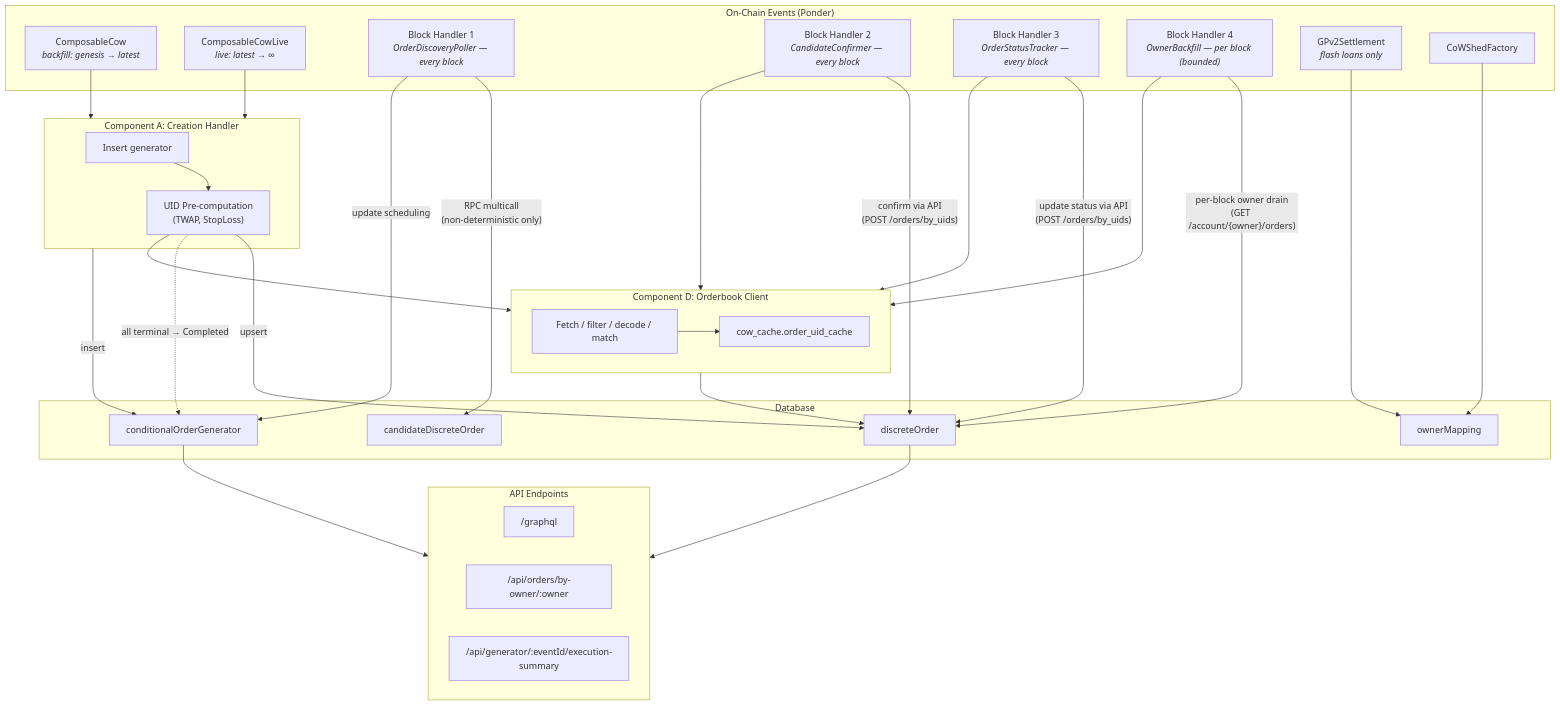
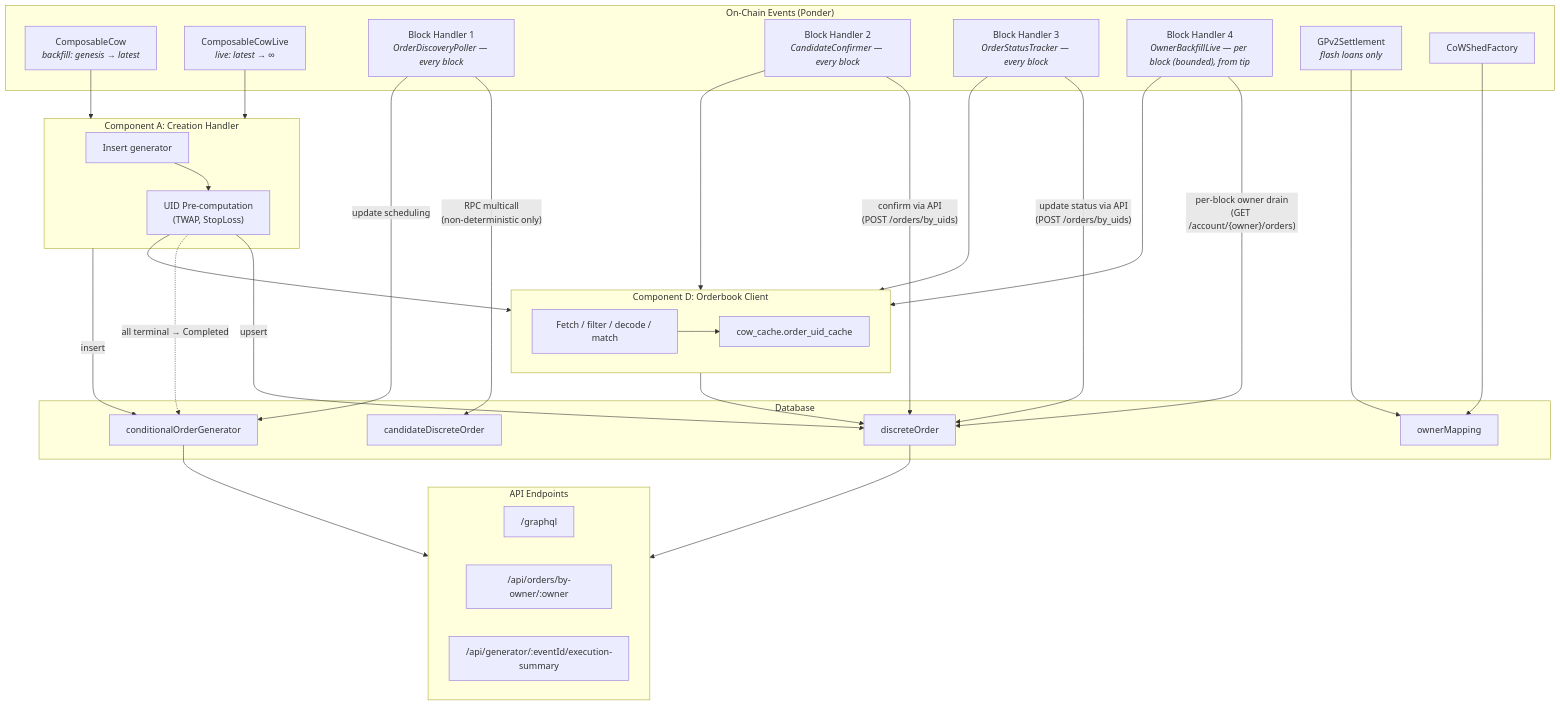
One commit to bleu/cow-programmatic-orders-api changed the first of 7 diagrams in agent_docs/orderbook-integration-flow.md. Above: the diagram before and after it, drawn with Mermaid. The commit also changed other lines of this file and 14 other files, not shown here.

First line of the commit message:
perf(backfill): drain owner history only from the tip, not during sync (#115)

````diff
--- a/agent_docs/orderbook-integration-flow.md
+++ b/agent_docs/orderbook-integration-flow.md
@@ -420,60 +418,60 @@
 ```mermaid
 flowchart TB
     subgraph OnChain["On-Chain Events (Ponder)"]
         CC["ComposableCow<br/><i>backfill: genesis → latest</i>"]
         CCL["ComposableCowLive<br/><i>live: latest → ∞</i>"]
         BH1["Block Handler 1<br/><i>OrderDiscoveryPoller — every block</i>"]
         BH2["Block Handler 2<br/><i>CandidateConfirmer — every block</i>"]
         BH3["Block Handler 3<br/><i>OrderStatusTracker — every block</i>"]
-        BH4["Block Handler 4<br/><i>OwnerBackfill — per block (bounded)</i>"]
+        BH4["Block Handler 4<br/><i>OwnerBackfillLive — per block (bounded), from tip</i>"]
         GPV["GPv2Settlement<br/><i>flash loans only</i>"]
         CSF["CoWShedFactory"]
     end
 
     subgraph CompA["Component A: Creation Handler"]
         AH["Insert generator"]
         AB["UID Pre-computation<br/>(TWAP, StopLoss)"]
         AH --> AB
     end
 
     subgraph CompD["Component D: Orderbook Client"]
         DFetch["Fetch / filter / decode / match"]
         DCache["cow_cache.order_uid_cache"]
         DFetch --> DCache
     end
 
     subgraph DB["Database"]
         Gen["conditionalOrderGenerator"]
         Cand["candidateDiscreteOrder"]
         Disc["discreteOrder"]
         OMap["ownerMapping"]
     end
 
     subgraph CompE["API Endpoints"]
         EGql["/graphql"]
         EOwner["/api/orders/by-owner/:owner"]
         ESum["/api/generator/:eventId/execution-summary"]
     end
 
     CC & CCL --> CompA
     GPV & CSF --> OMap
 
     CompA -->|insert| Gen
     AB -->|upsert| Disc
     AB -.->|all terminal → Completed| Gen
 
     BH1 -->|"RPC multicall<br/>(non-deterministic only)"| Cand
     BH1 -->|update scheduling| Gen
     BH2 -->|"confirm via API<br/>(POST /orders/by_uids)"| Disc
     BH3 -->|"update status via API<br/>(POST /orders/by_uids)"| Disc
     BH4 -->|"per-block owner drain<br/>(GET /account/{owner}/orders)"| Disc
 
     CompD --> Disc
     AB --> CompD
     BH2 --> CompD
     BH3 --> CompD
     BH4 --> CompD
 
     Disc --> CompE
     Gen --> CompE
 ```
````
